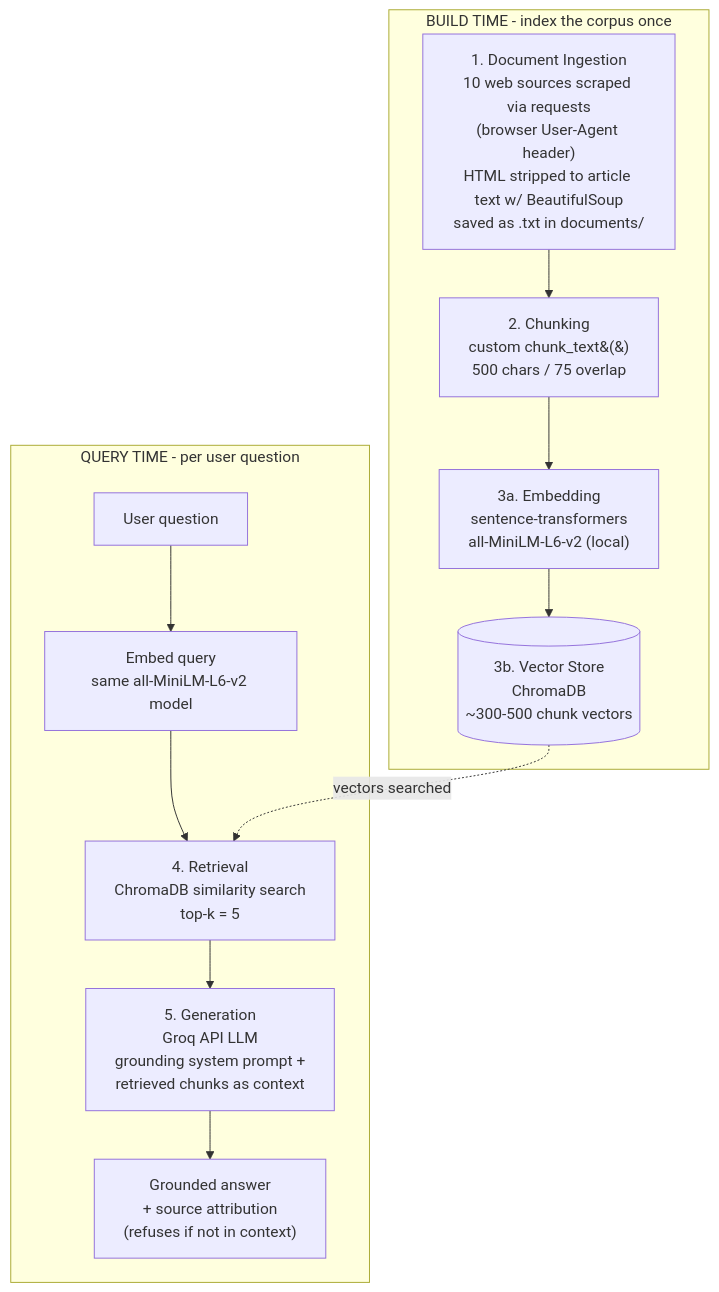
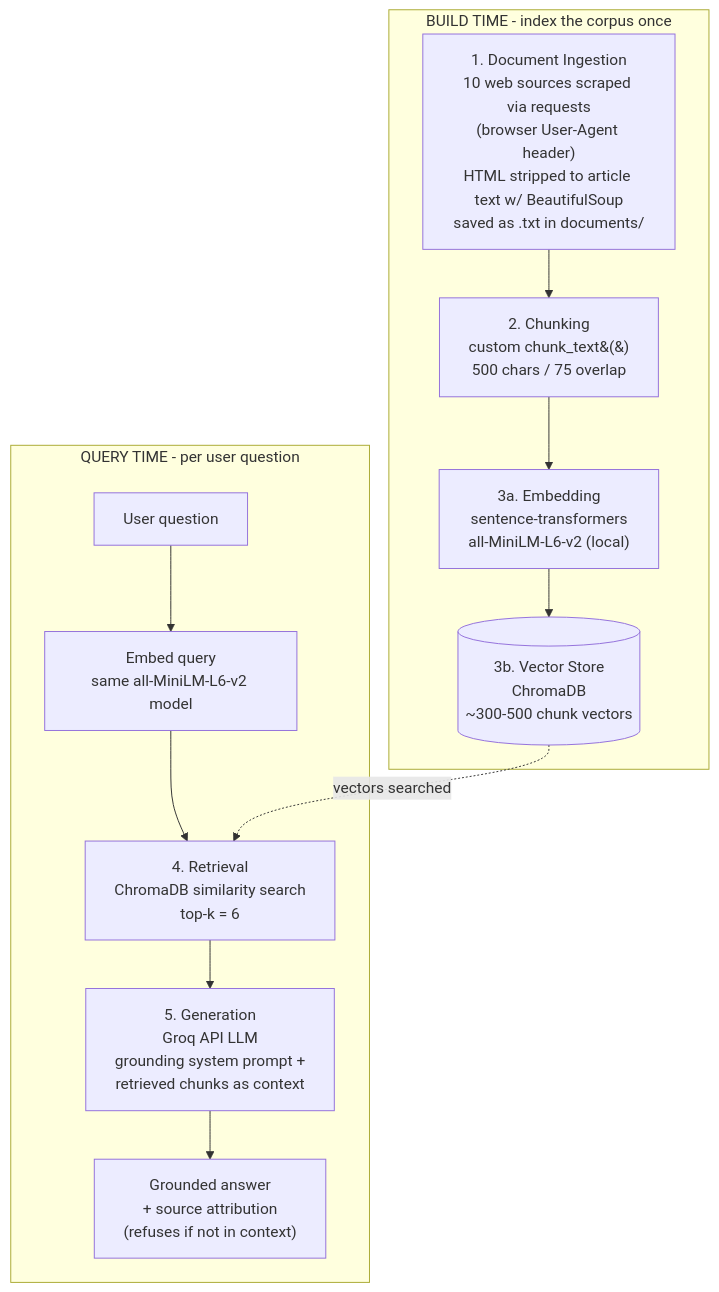
Before and after one commit to RalpA-AFK/ai201-project1-unofficial-guide-starter: the diagram in planning.md, drawn with Mermaid. The commit also changed other lines of this file and 23 other files, not shown here.

````diff
--- a/planning.md
+++ b/planning.md
@@ -104,21 +104,21 @@
 ```mermaid
 flowchart TD
     subgraph BUILD["BUILD TIME - index the corpus once"]
         A["1. Document Ingestion<br/>10 web sources scraped via requests<br/>(browser User-Agent header)<br/>HTML stripped to article text w/ BeautifulSoup<br/>saved as .txt in documents/"]
         B["2. Chunking<br/>custom chunk_text&#40;&#41;<br/>500 chars / 75 overlap"]
         C["3a. Embedding<br/>sentence-transformers<br/>all-MiniLM-L6-v2 (local)"]
         D[("3b. Vector Store<br/>ChromaDB<br/>~300-500 chunk vectors")]
         A --> B --> C --> D
     end
 
     subgraph QUERY["QUERY TIME - per user question"]
         Q["User question"]
         E["Embed query<br/>same all-MiniLM-L6-v2 model"]
-        R["4. Retrieval<br/>ChromaDB similarity search<br/>top-k = 5"]
+        R["4. Retrieval<br/>ChromaDB similarity search<br/>top-k = 6"]
         G["5. Generation<br/>Groq API LLM<br/>grounding system prompt +<br/>retrieved chunks as context"]
         ANS["Grounded answer<br/>+ source attribution<br/>(refuses if not in context)"]
         Q --> E --> R --> G --> ANS
     end
 
     D -. vectors searched .-> R
 ```
````
